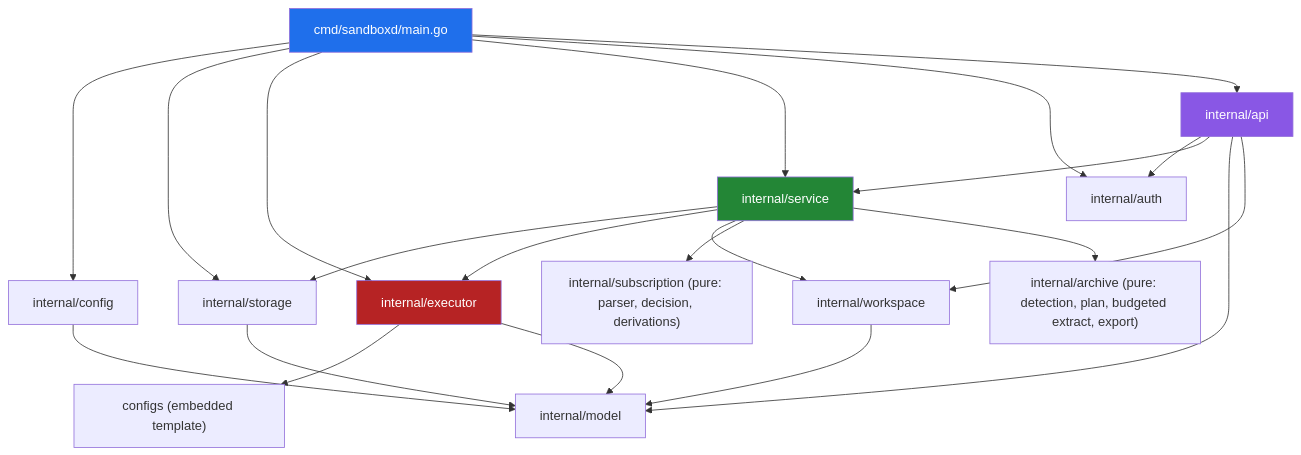
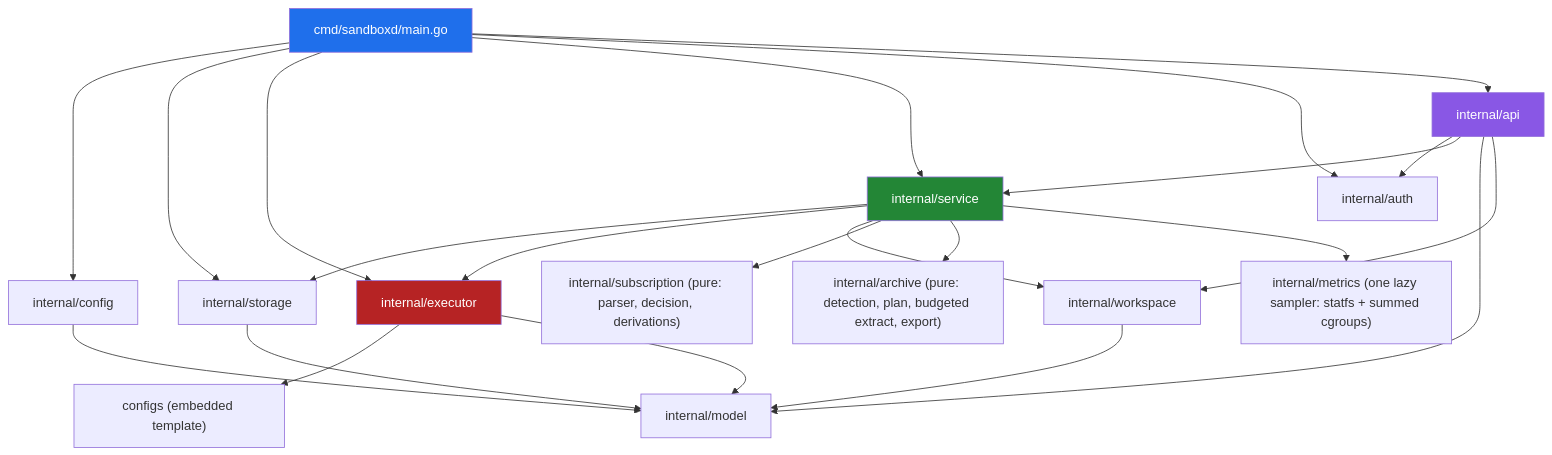
One commit to M3-mo2/cloud-service changed the second of 21 diagrams in docs/ARCHITECTURE.md. Above: the diagram before and after it, drawn with Mermaid. The commit also changed other lines of this file and 8 other files, not shown here.

First line of the commit message:
docs(metrics): ADR 93, API/SPEC/openapi/ARCHITECTURE/VERIFICATION, config example, Makefile

````diff
--- a/docs/ARCHITECTURE.md
+++ b/docs/ARCHITECTURE.md
@@ -135,31 +135,32 @@
 ```mermaid
 flowchart TD
     MAIN["cmd/sandboxd/main.go"] --> CFG["internal/config"]
     MAIN --> STORE["internal/storage"]
     MAIN --> RUN["internal/executor"]
     MAIN --> SVC["internal/service"]
     MAIN --> AUTHN["internal/auth"]
     MAIN --> API["internal/api"]
 
     API --> AUTHN
     API --> SVC
     API --> MODEL["internal/model"]
     API --> WS["internal/workspace"]
 
     SVC --> STORE
     SVC --> RUN
     SVC --> WS
     SVC --> SUB["internal/subscription (pure: parser, decision, derivations)"]
     SVC --> ARC["internal/archive (pure: detection, plan, budgeted extract, export)"]
+    SVC --> MET["internal/metrics (one lazy sampler: statfs + summed cgroups)"]
 
     RUN --> CFGS["configs (embedded template)"]
     RUN --> MODEL
     STORE --> MODEL
     WS --> MODEL
     CFG --> MODEL
 
     style MAIN fill:#1f6feb,color:#fff
     style API fill:#8957e5,color:#fff
     style SVC fill:#238636,color:#fff
     style RUN fill:#b62324,color:#fff
 ```
````
